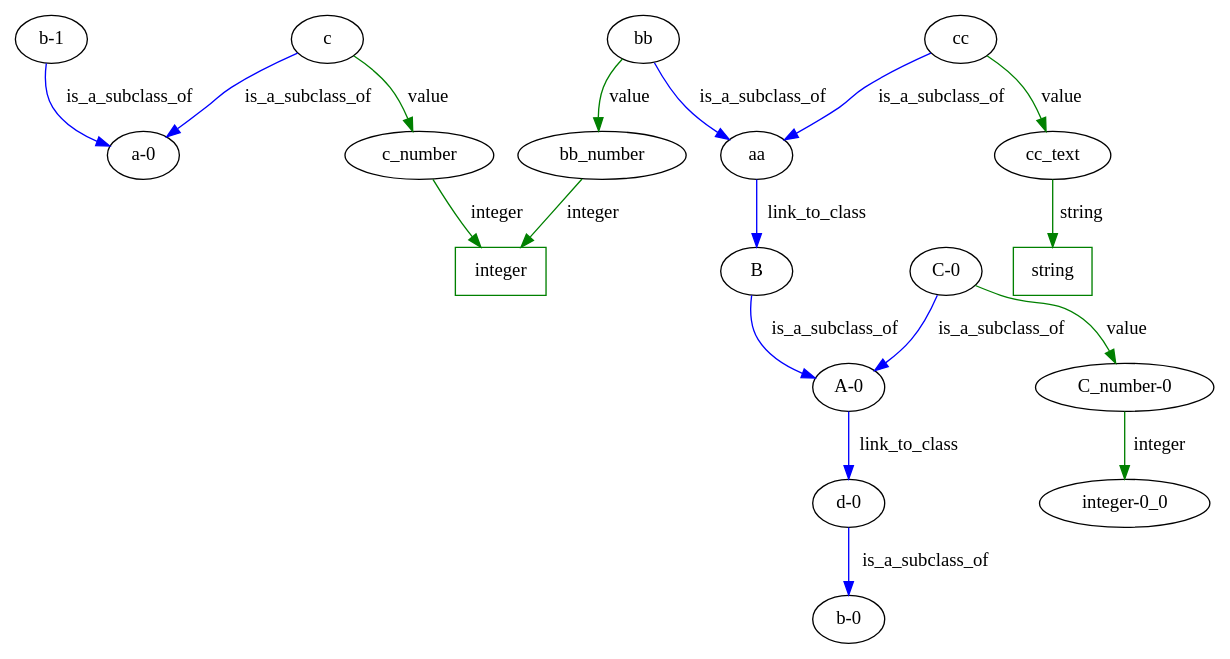
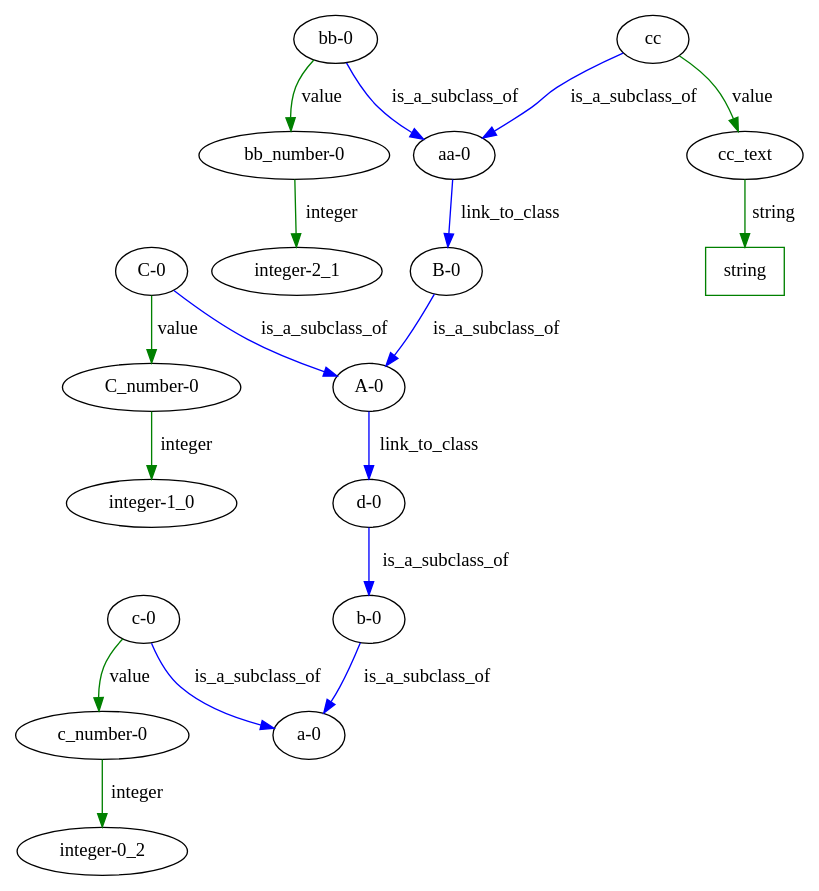
Before and after one commit to heinz-preisig/PeriConto: the diagram in ontologyRepository/Digraph.gv, drawn with Graphviz. The commit also changed 3 other files, not shown here.

```diff
--- a/ontologyRepository/Digraph.gv
+++ b/ontologyRepository/Digraph.gv
@@ -1,53 +1,53 @@
 digraph {
-	"b-1"
+	"c-0"
 	"a-0"
-	"b-1" -> "a-0" [label=is_a_subclass_of color=blue]
-	"C_number-0"
-	"integer-0_0"
-	"C_number-0" -> "integer-0_0" [label=integer color=green]
-	bb
-	bb_number
-	bb -> bb_number [label=value color=green]
-	"A-0"
-	"d-0"
-	"A-0" -> "d-0" [label=link_to_class color=blue]
-	aa
-	B
-	aa -> B [label=link_to_class color=blue]
+	"c-0" -> "a-0" [label=is_a_subclass_of color=blue]
+	"bb-0"
+	"aa-0"
+	"bb-0" -> "aa-0" [label=is_a_subclass_of color=blue]
+	"b-0"
+	"a-0"
+	"b-0" -> "a-0" [label=is_a_subclass_of color=blue]
 	cc
-	cc_text
-	cc -> cc_text [label=value color=green]
-	"C-0"
-	"A-0"
-	"C-0" -> "A-0" [label=is_a_subclass_of color=blue]
-	bb
-	aa
-	bb -> aa [label=is_a_subclass_of color=blue]
-	cc
-	aa
-	cc -> aa [label=is_a_subclass_of color=blue]
-	c
-	c_number
-	c -> c_number [label=value color=green]
+	"aa-0"
+	cc -> "aa-0" [label=is_a_subclass_of color=blue]
 	string [color=green shape=rectangle]
 	string
 	cc_text -> string [label=string color=green]
 	"C-0"
+	"A-0"
+	"C-0" -> "A-0" [label=is_a_subclass_of color=blue]
+	"A-0"
+	"d-0"
+	"A-0" -> "d-0" [label=link_to_class color=blue]
+	"aa-0"
+	"B-0"
+	"aa-0" -> "B-0" [label=link_to_class color=blue]
+	"C_number-0"
+	"integer-1_0"
+	"C_number-0" -> "integer-1_0" [label=integer color=green]
+	"C-0"
 	"C_number-0"
 	"C-0" -> "C_number-0" [label=value color=green]
+	"B-0"
+	"A-0"
+	"B-0" -> "A-0" [label=is_a_subclass_of color=blue]
+	"c-0"
+	"c_number-0"
+	"c-0" -> "c_number-0" [label=value color=green]
 	"d-0"
 	"b-0"
 	"d-0" -> "b-0" [label=is_a_subclass_of color=blue]
-	integer [color=green shape=rectangle]
-	integer
-	c_number -> integer [label=integer color=green]
-	B
-	"A-0"
-	B -> "A-0" [label=is_a_subclass_of color=blue]
-	c
-	"a-0"
-	c -> "a-0" [label=is_a_subclass_of color=blue]
-	integer [color=green shape=rectangle]
-	integer
-	bb_number -> integer [label=integer color=green]
+	"bb_number-0"
+	"integer-2_1"
+	"bb_number-0" -> "integer-2_1" [label=integer color=green]
+	"bb-0"
+	"bb_number-0"
+	"bb-0" -> "bb_number-0" [label=value color=green]
+	"c_number-0"
+	"integer-0_2"
+	"c_number-0" -> "integer-0_2" [label=integer color=green]
+	cc
+	cc_text
+	cc -> cc_text [label=value color=green]
 }
```
